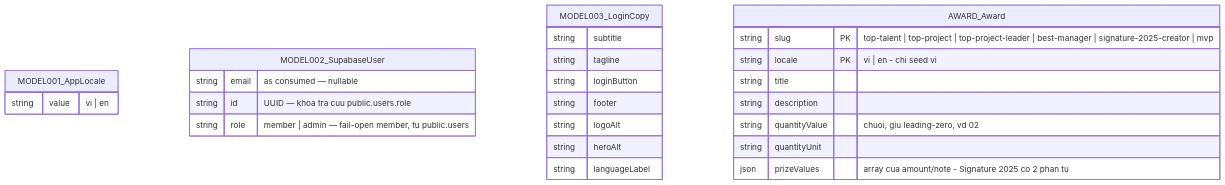
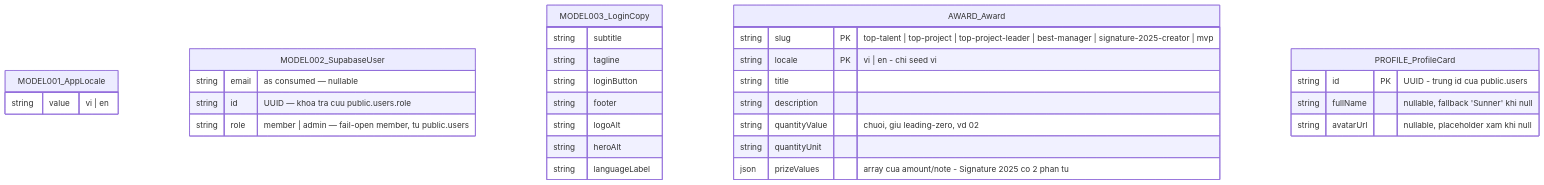
One commit to thangdx-1076/agentic-coding-hands-on changed the diagram in docs/vi/generated/entities.md. Above: the diagram before and after it, drawn with Mermaid. The commit also changed other lines of this file and 13 other files, not shown here.

````diff
--- a/docs/vi/generated/entities.md
+++ b/docs/vi/generated/entities.md
@@ -10,29 +10,34 @@
 ```mermaid
 erDiagram
     MODEL001_AppLocale {
         string value "vi | en"
     }
     MODEL002_SupabaseUser {
         string email "as consumed — nullable"
         string id "UUID — khoa tra cuu public.users.role"
         string role "member | admin — fail-open member, tu public.users"
     }
     MODEL003_LoginCopy {
         string subtitle
         string tagline
         string loginButton
         string footer
         string logoAlt
         string heroAlt
         string languageLabel
     }
     AWARD_Award {
         string slug PK "top-talent | top-project | top-project-leader | best-manager | signature-2025-creator | mvp"
         string locale PK "vi | en - chi seed vi"
         string title
         string description
         string quantityValue "chuoi, giu leading-zero, vd 02"
         string quantityUnit
         json prizeValues "array cua amount/note - Signature 2025 co 2 phan tu"
     }
+    PROFILE_ProfileCard {
+        string id PK "UUID - trung id cua public.users"
+        string fullName "nullable, fallback 'Sunner' khi null"
+        string avatarUrl "nullable, placeholder xam khi null"
+    }
 ```
````
